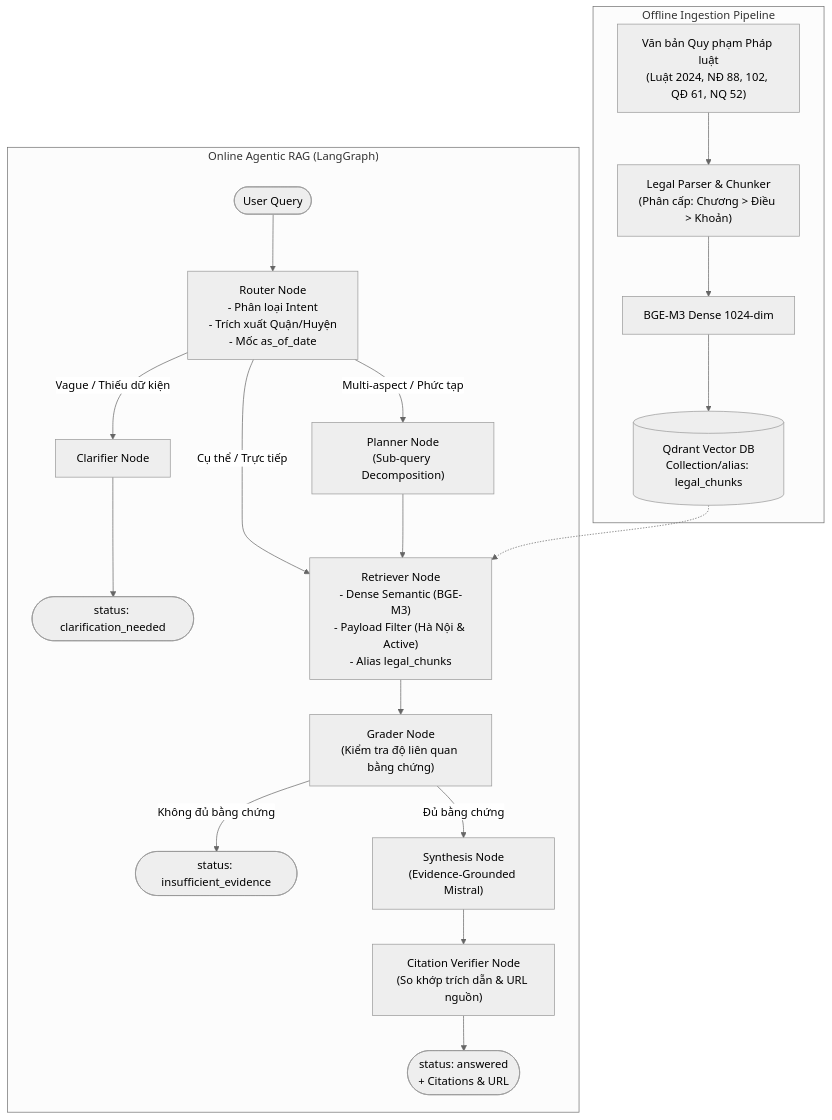
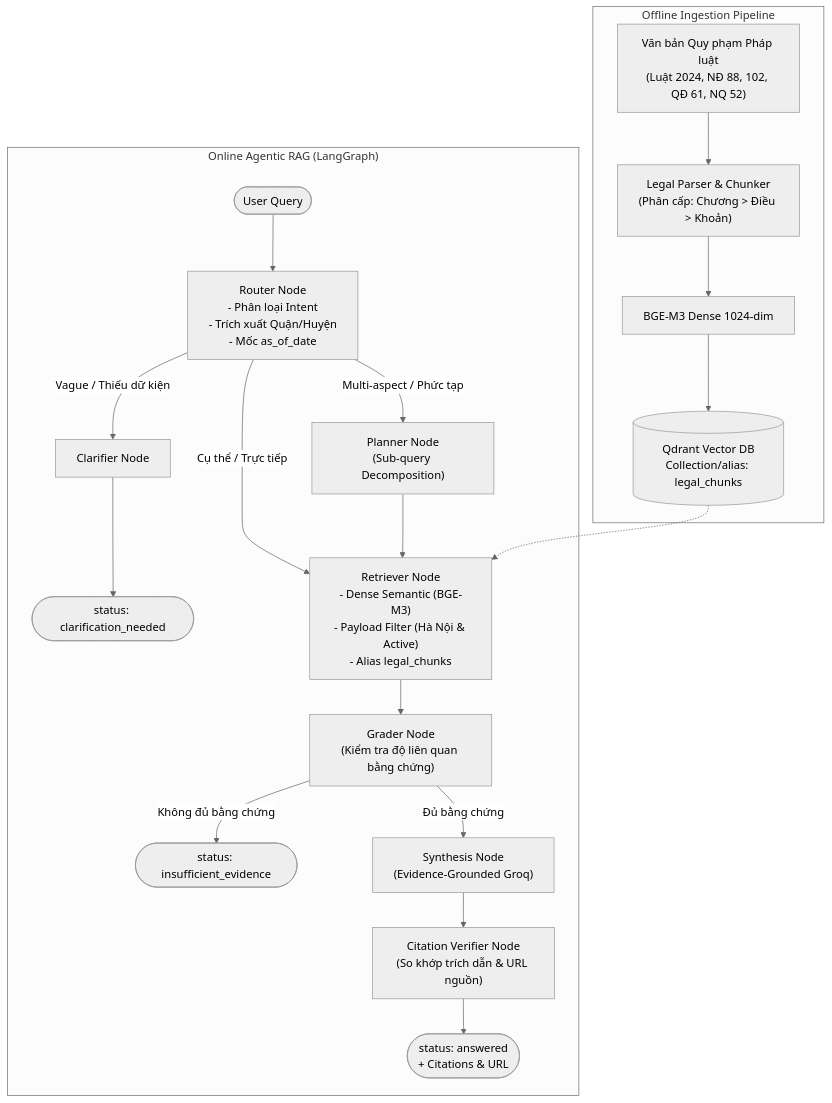
One commit to dovh25/agentic-rag-legal-qa-hanoi changed the first of 2 diagrams in README.md. Above: the diagram before and after it, drawn with Mermaid (neutral theme). The commit also changed other lines of this file and 14 other files, not shown here.

````diff
--- a/README.md
+++ b/README.md
@@ -74,27 +74,27 @@
 ```mermaid
 flowchart TD
     subgraph INGESTION["Offline Ingestion Pipeline"]
         DOCS["Văn bản Quy phạm Pháp luật\n(Luật 2024, NĐ 88, 102, QĐ 61, NQ 52)"] --> PARSE["Legal Parser & Chunker\n(Phân cấp: Chương > Điều > Khoản)"]
         PARSE --> EMBED["BGE-M3 Dense 1024-dim"]
         EMBED --> QDRANT[("Qdrant Vector DB\nCollection/alias: legal_chunks")]
     end
 
     subgraph AGENT["Online Agentic RAG (LangGraph)"]
         START([User Query]) --> ROUTER["Router Node\n- Phân loại Intent\n- Trích xuất Quận/Huyện\n- Mốc as_of_date"]
         
         ROUTER -- "Vague / Thiếu dữ kiện" --> CLARIFY["Clarifier Node"] --> RESP_CLARIFY(["status: clarification_needed"])
         ROUTER -- "Multi-aspect / Phức tạp" --> PLANNER["Planner Node\n(Sub-query Decomposition)"]
         ROUTER -- "Cụ thể / Trực tiếp" --> RETRIEVER["Retriever Node\n- Dense Semantic (BGE-M3)\n- Payload Filter (Hà Nội & Active)\n- Alias legal_chunks"]
         
         PLANNER --> RETRIEVER
         QDRANT -.-> RETRIEVER
         
         RETRIEVER --> GRADER["Grader Node\n(Kiểm tra độ liên quan bằng chứng)"]
         
         GRADER -- "Không đủ bằng chứng" --> ABSTAIN(["status: insufficient_evidence"])
-        GRADER -- "Đủ bằng chứng" --> SYNTHESIS["Synthesis Node\n(Evidence-Grounded Mistral)"]
+        GRADER -- "Đủ bằng chứng" --> SYNTHESIS["Synthesis Node\n(Evidence-Grounded Groq)"]
         
         SYNTHESIS --> VERIFY["Citation Verifier Node\n(So khớp trích dẫn & URL nguồn)"]
         VERIFY --> ANSWER(["status: answered\n+ Citations & URL"])
     end
 ```
````
